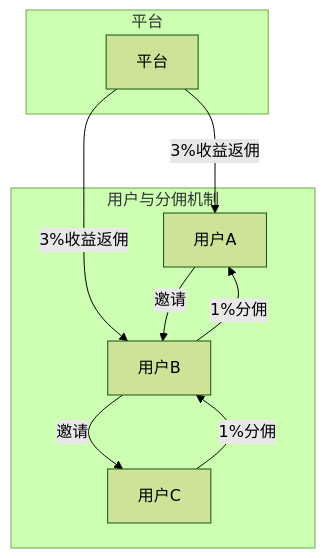
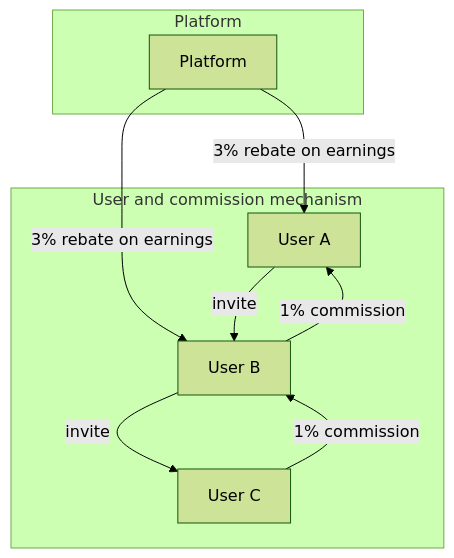
One commit to substrate-asia/hackathon-2023-winter changed the third of 3 diagrams in projects/27-NeMA/README.md. Above: the diagram before and after it, drawn with Mermaid (forest theme). The commit also changed other lines of this file and 4 other files, not shown here.

````diff
--- a/projects/27-NeMA/README.md
+++ b/projects/27-NeMA/README.md
@@ -144,16 +166,15 @@
 ```mermaid
 graph TD
 
-subgraph 用户与分佣机制
-  A[用户A] -->|邀请| B[用户B]
-  B -->|1%分佣| A
-  B -->|邀请| C[用户C]
-  C -->|1%分佣| B
+subgraph User and commission mechanism
+  A[User A] -->|invite| B[User B]
+  B -->|1% commission| A
+  B -->|invite| C[User C]
+  C -->|1% commission| B
 end
 
-subgraph 平台
-  D[平台] -->|3%收益返佣| B
-  D[平台] -->|3%收益返佣| A
+subgraph Platform
+  D[Platform] -->|3% rebate on earnings| B
+  D[Platform] -->|3% rebate on earnings| A
 end
-
 ```
````
